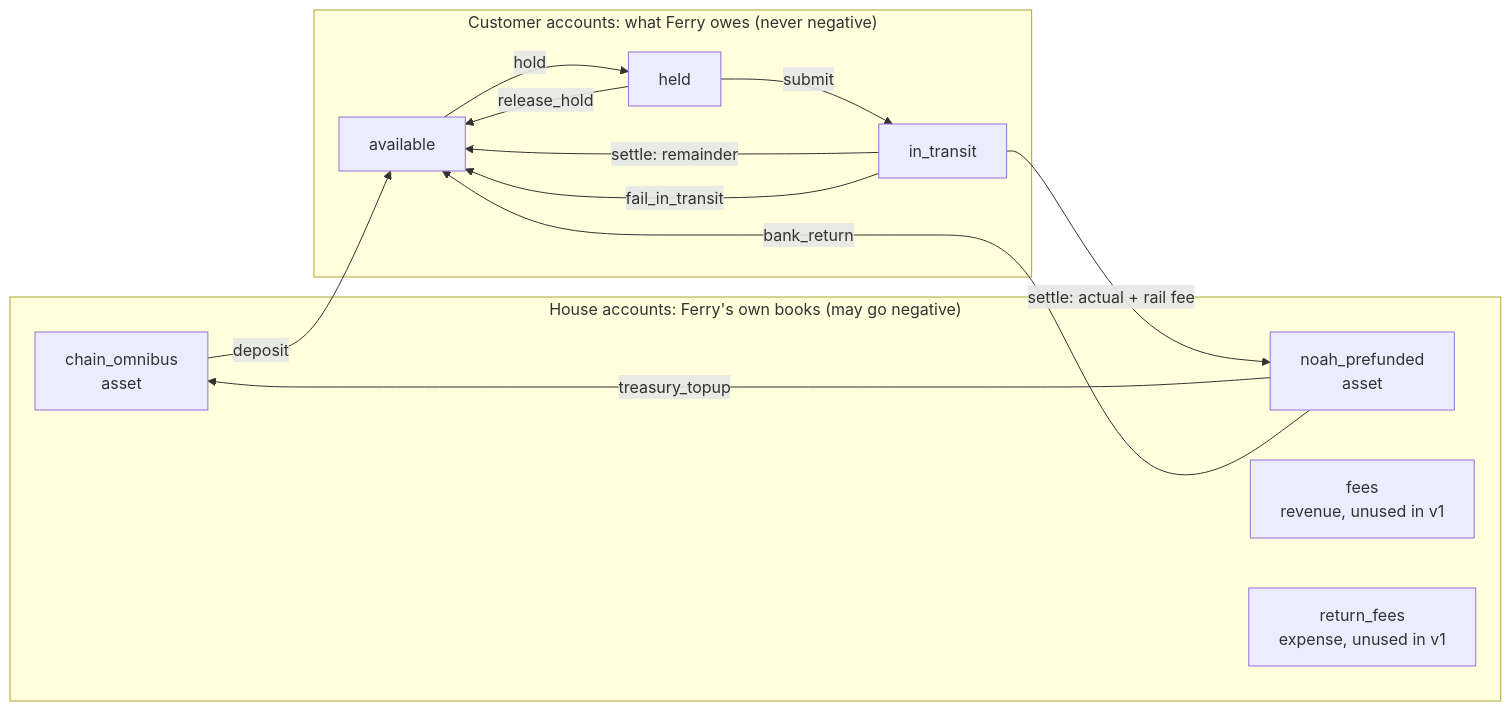
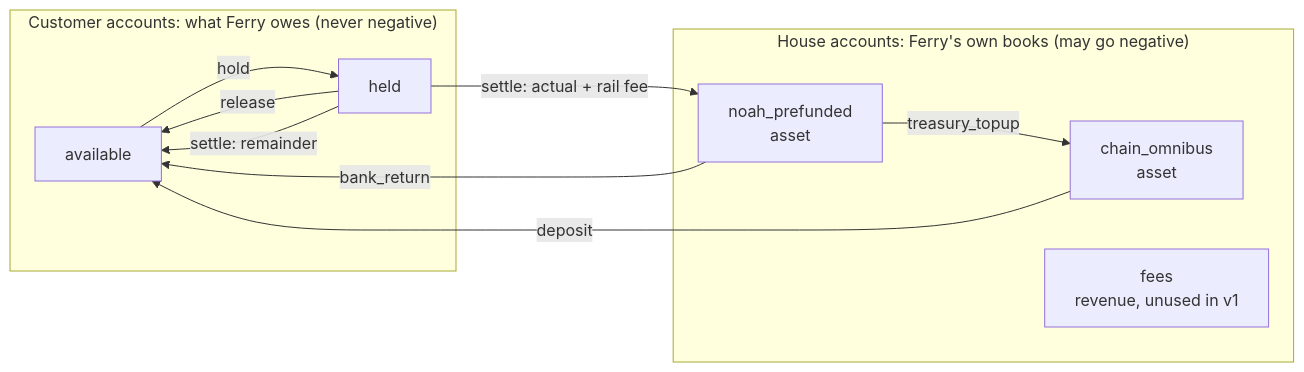
One commit to darkodi/ferry changed the third of 4 diagrams in docs/design.md. Above: the diagram before and after it, drawn with Mermaid. The commit also changed other lines of this file, not shown here.

````diff
--- a/docs/design.md
+++ b/docs/design.md
@@ -135,23 +118,19 @@
 ```mermaid
 flowchart LR
+    subgraph cust["Customer accounts: what Ferry owes (never negative)"]
+        AV["available"]
+        HELD["held"]
+    end
     subgraph house["House accounts: Ferry's own books (may go negative)"]
         OMN["chain_omnibus<br/>asset"]
         NOAH["noah_prefunded<br/>asset"]
         FEES["fees<br/>revenue, unused in v1"]
-        RF["return_fees<br/>expense, unused in v1"]
-    end
-    subgraph cust["Customer accounts: what Ferry owes (never negative)"]
-        AV["available"]
-        HELD["held"]
-        TR["in_transit"]
     end
     OMN -->|deposit| AV
     NOAH -->|treasury_topup| OMN
     AV -->|hold| HELD
-    HELD -->|submit| TR
-    HELD -->|release_hold| AV
-    TR -->|"settle: actual + rail fee"| NOAH
-    TR -->|"settle: remainder"| AV
-    TR -->|fail_in_transit| AV
+    HELD -->|release| AV
+    HELD -->|"settle: actual + rail fee"| NOAH
+    HELD -->|"settle: remainder"| AV
     NOAH -->|bank_return| AV
 ```
````
